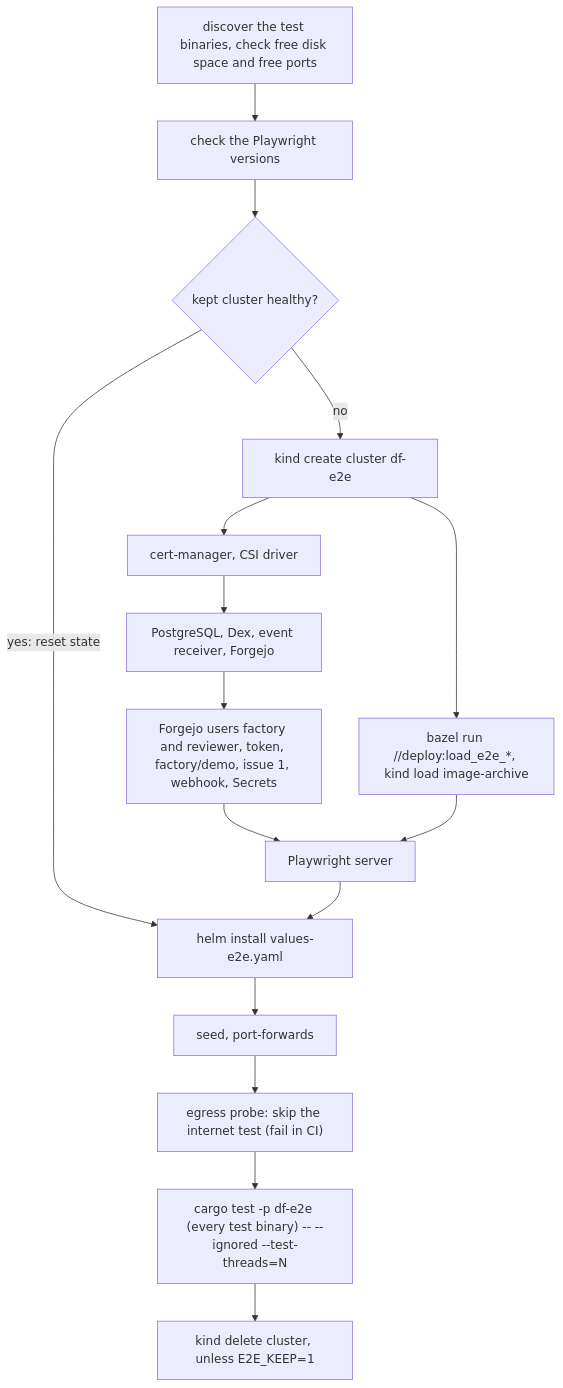
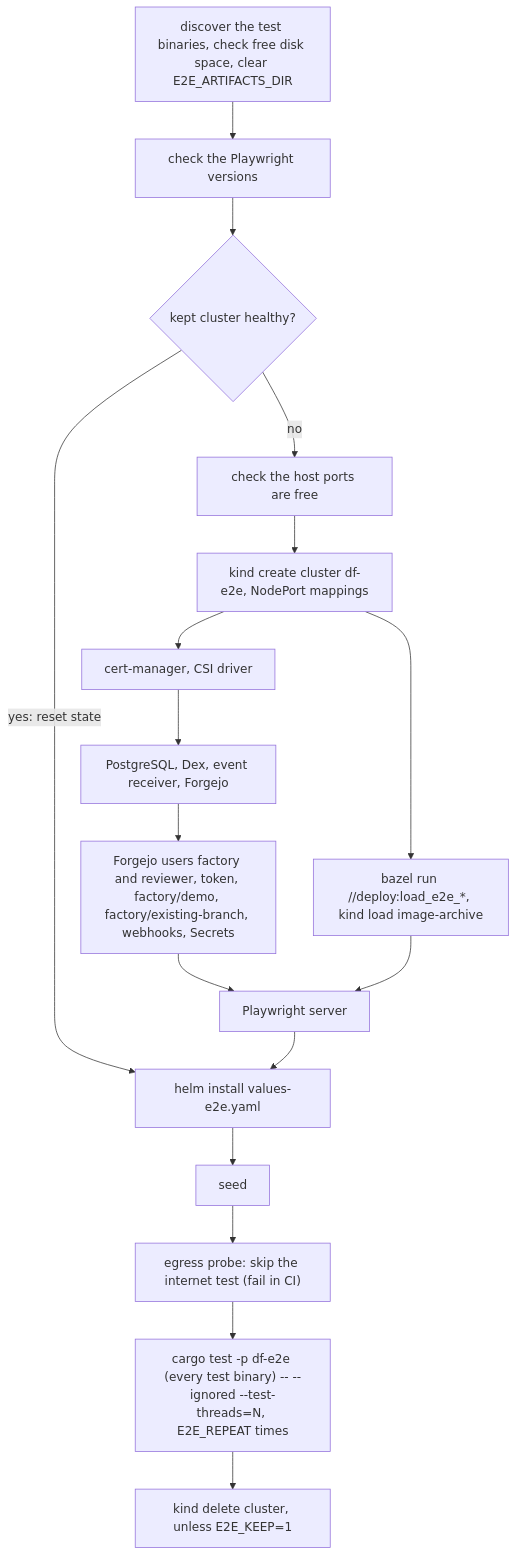
The diagram in docs/demo.md (prskr/dark-factory), drawn with Mermaid before and after one commit. The commit also changed other lines of this file and 47 other files, not shown here.

````diff
--- a/docs/demo.md
+++ b/docs/demo.md
@@ -35,18 +35,19 @@
 ```mermaid
 flowchart TD
-    L["discover the test binaries, check free disk space and free ports"] --> V[check the Playwright versions]
+    L["discover the test binaries, check free disk space, clear E2E_ARTIFACTS_DIR"] --> V[check the Playwright versions]
     V --> R{"kept cluster healthy?"}
     R -- "yes: reset state" --> E
-    R -- no --> A[kind create cluster df-e2e]
+    R -- no --> K[check the host ports are free]
+    K --> A[kind create cluster df-e2e, NodePort mappings]
     A --> B[cert-manager, CSI driver]
     A --> I[bazel run //deploy:load_e2e_*, kind load image-archive]
     B --> C[PostgreSQL, Dex, event receiver, Forgejo]
-    C --> D[Forgejo users factory and reviewer, token, factory/demo, issue 1, webhook, Secrets]
+    C --> D[Forgejo users factory and reviewer, token, factory/demo, factory/existing-branch, webhooks, Secrets]
     D --> P[Playwright server]
     I --> P
     P --> E[helm install values-e2e.yaml]
-    E --> F[seed, port-forwards]
+    E --> F[seed]
     F --> X["egress probe: skip the internet test (fail in CI)"]
-    X --> G["cargo test -p df-e2e (every test binary) -- --ignored --test-threads=N"]
+    X --> G["cargo test -p df-e2e (every test binary) -- --ignored --test-threads=N, E2E_REPEAT times"]
     G --> H[kind delete cluster, unless E2E_KEEP=1]
 ```
````
